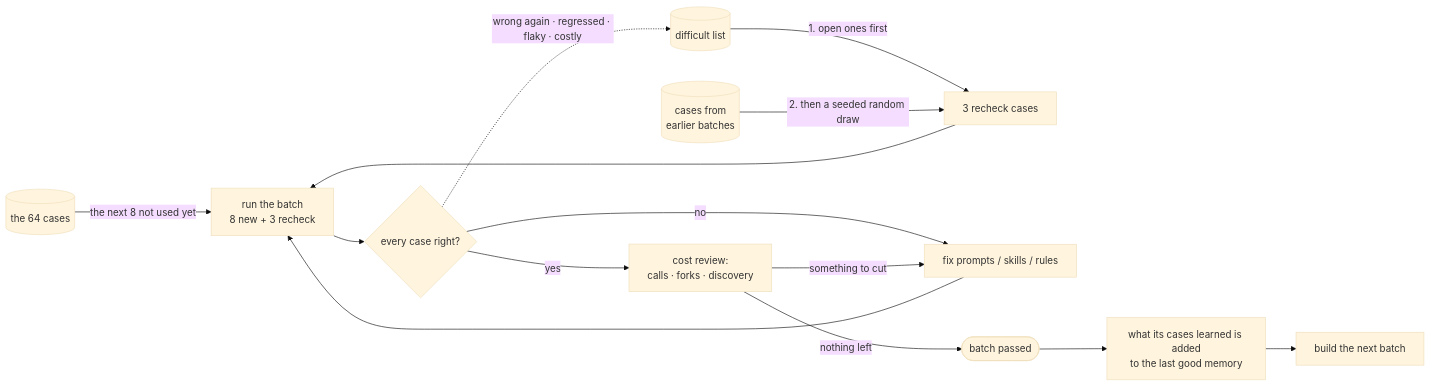
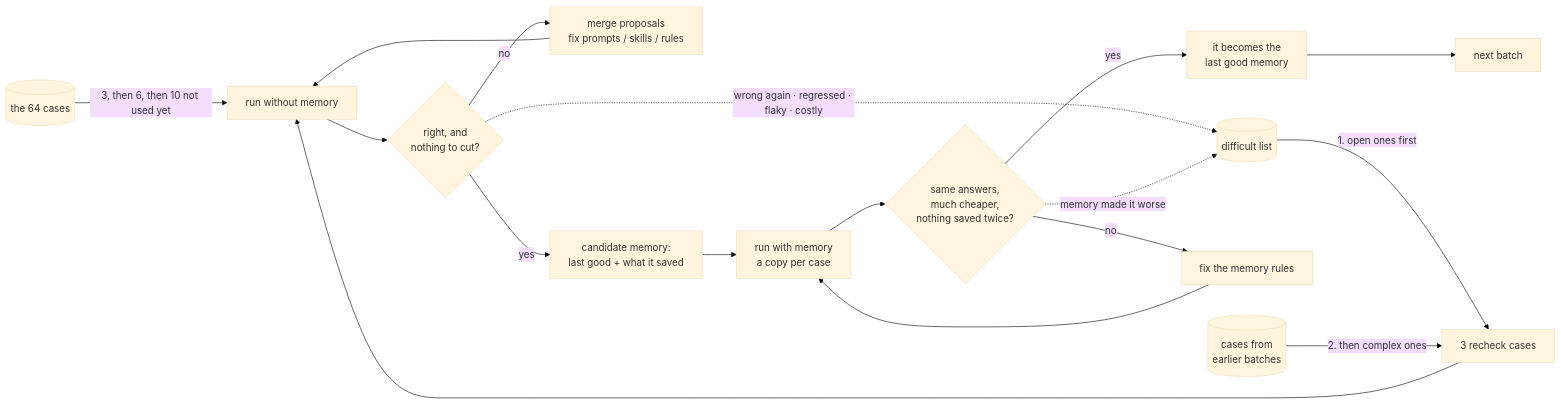
One commit to andreyryabov/ZeneraNeo changed the first of 2 diagrams in packages/cli/templates/editor/.github/skills/zen-finetune/references/readme-template.md. Above: the diagram before and after it, drawn with Mermaid (base theme). The commit also changed other lines of this file and 11 other files, not shown here.

````diff
--- a/packages/cli/templates/editor/.github/skills/zen-finetune/references/readme-template.md
+++ b/packages/cli/templates/editor/.github/skills/zen-finetune/references/readme-template.md
@@ -72,14 +89,16 @@
 ```mermaid
 flowchart LR
-    SEL[("the 64 cases")] -->|"the next 8 not used yet"| RUN
+    SEL[("the 64 cases")] -->|"3, then 6, then 10 not used yet"| NM
     DIF[("difficult list")] -->|"1. open ones first"| RC
-    PREV[("cases from<br/>earlier batches")] -->|"2. then a seeded random draw"| RC["3 recheck cases"]
-    RC --> RUN["run the batch<br/>8 new + 3 recheck"]
-    RUN --> GRADE{"every case right?"}
-    GRADE -->|no| FIX["fix prompts / skills / rules"] --> RUN
-    GRADE -->|yes| COST["cost review:<br/>calls · forks · discovery"]
-    COST -->|"something to cut"| FIX
-    COST -->|"nothing left"| PASS(["batch passed"])
-    GRADE -.->|"wrong again · regressed · flaky · costly"| DIF
-    PASS --> MEMC["what its cases learned is added<br/>to the last good memory"] --> NEXT["build the next batch"]
+    PREV[("cases from<br/>earlier batches")] -->|"2. then complex ones"| RC["3 recheck cases"]
+    RC --> NM["run without memory"]
+    NM --> G1{"right, and<br/>nothing to cut?"}
+    G1 -->|no| FIX["merge proposals<br/>fix prompts / skills / rules"] --> NM
+    G1 -->|yes| CAND["candidate memory:<br/>last good + what it saved"]
+    CAND --> WM["run with memory<br/>a copy per case"]
+    WM --> G2{"same answers,<br/>much cheaper,<br/>nothing saved twice?"}
+    G2 -->|no| MFIX["fix the memory rules"] --> WM
+    G2 -->|yes| KEEP["it becomes the<br/>last good memory"] --> NEXT["next batch"]
+    G1 -.->|"wrong again · regressed · flaky · costly"| DIF
+    G2 -.->|"memory made it worse"| DIF
 ```
````
